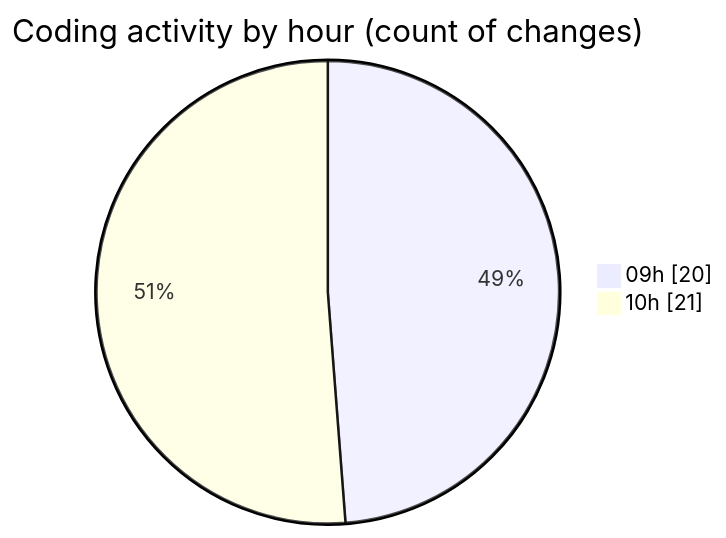
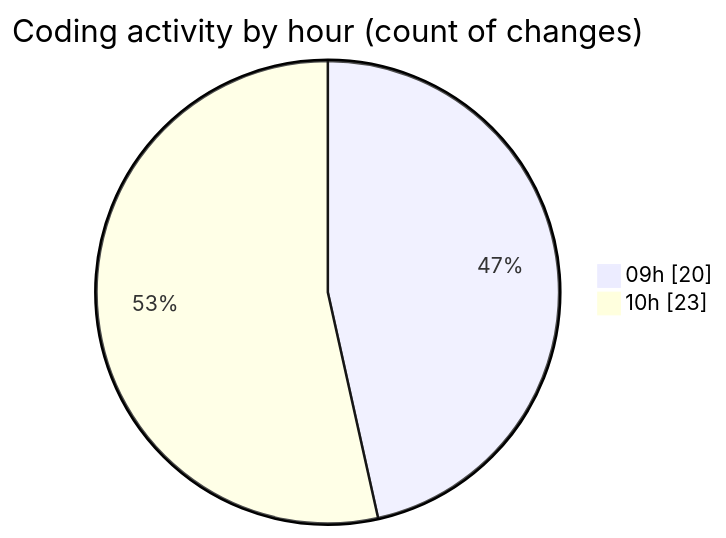
One commit to robertbonfada/code-tracking changed the second of 2 diagrams in 2025-03-19/peregrino-web/README.md. Above: the diagram before and after it, drawn with Mermaid. The commit also changed other lines of this file and 1 other file, not shown here.

````diff
--- a/2025-03-19/peregrino-web/README.md
+++ b/2025-03-19/peregrino-web/README.md
@@ -35,6 +35,6 @@
 ```mermaid
 pie showData
 title Coding activity by hour (count of changes)
 "09h" : 20
-"10h" : 21
+"10h" : 23
 ```
````
